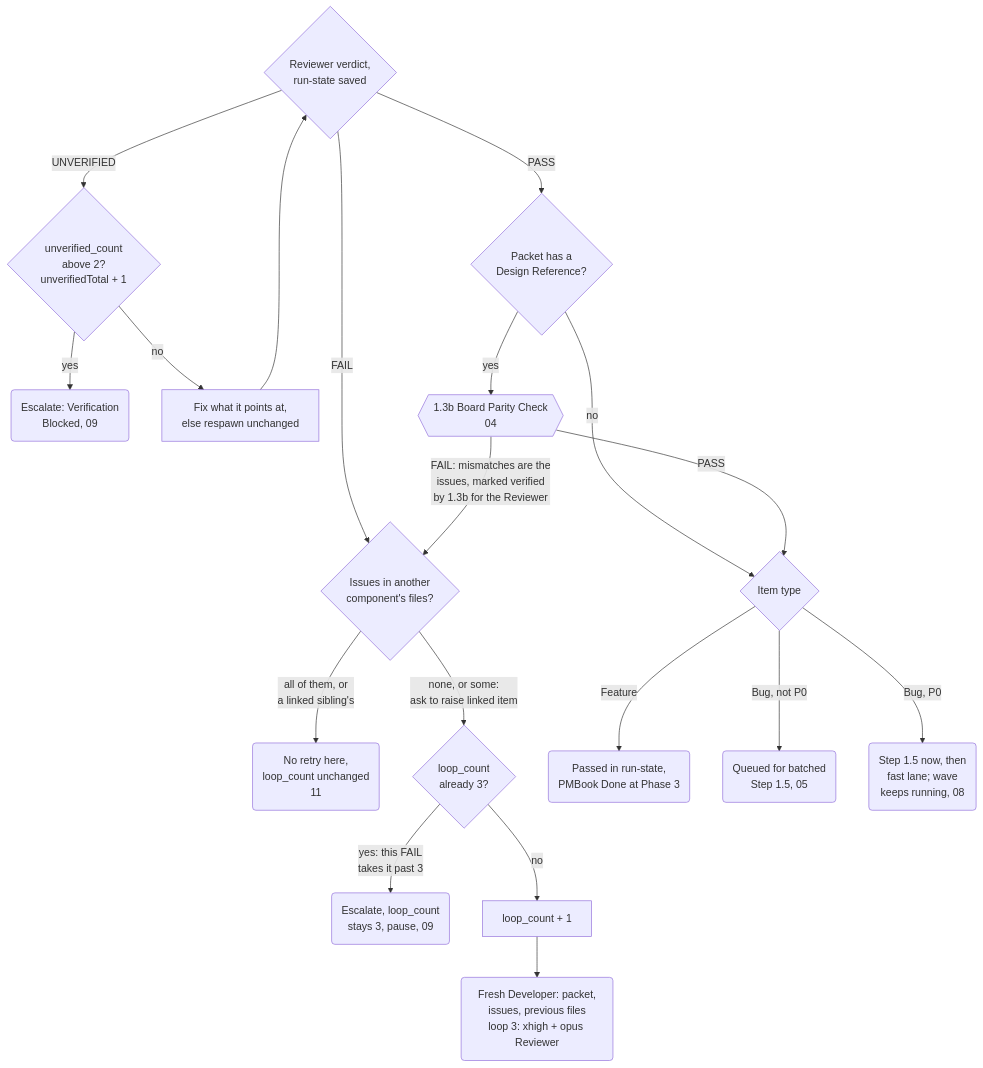
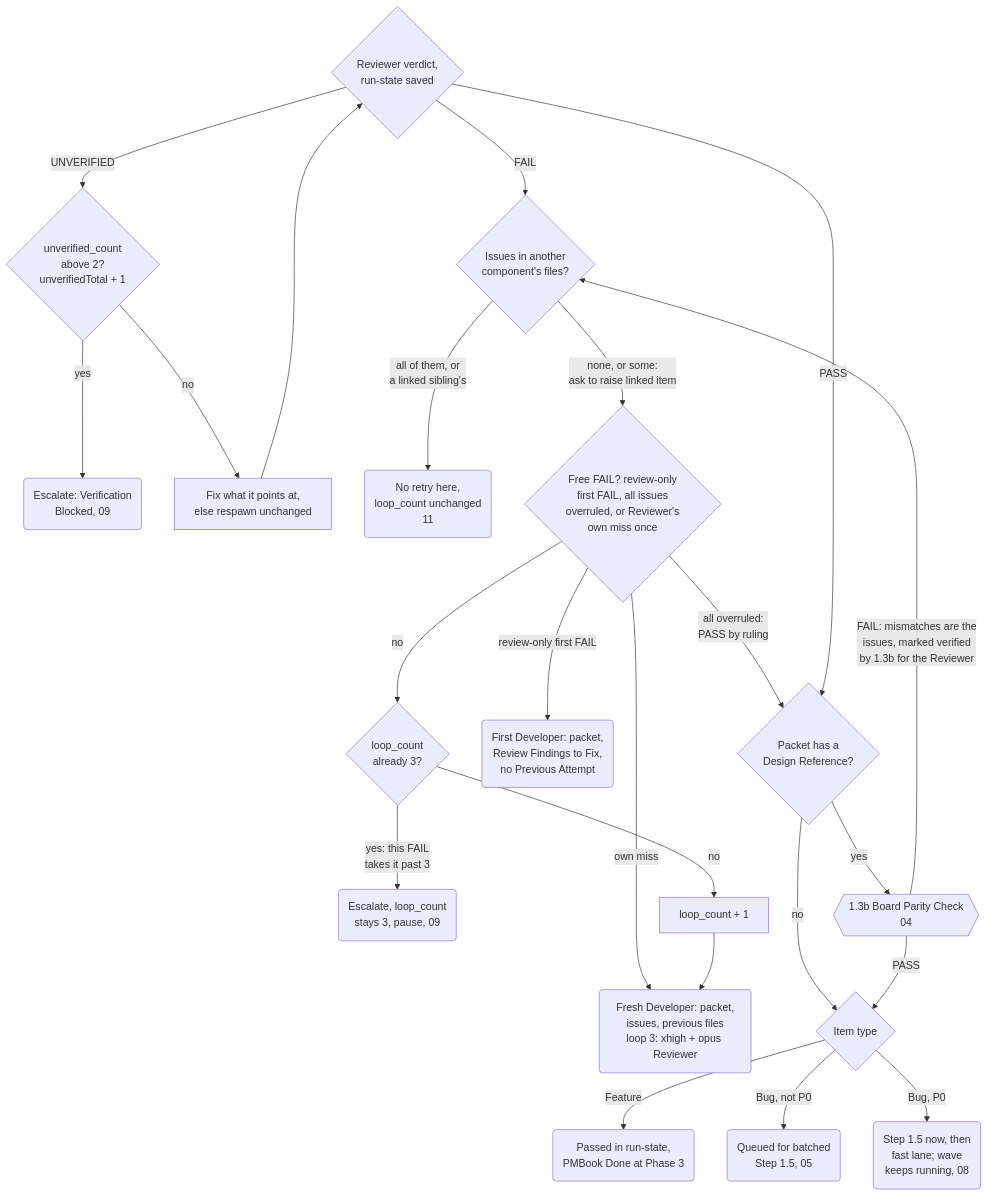
The third of 4 diagrams in skills/plugin-orchestrator-development-pattern/mermaid/03-phase1-work-item-loop.md (muhammedalikhan86/claude-stash), drawn with Mermaid before and after one commit. The commit also changed other lines of this file and 32 other files, not shown here.

````diff
--- a/skills/plugin-orchestrator-development-pattern/mermaid/03-phase1-work-item-loop.md
+++ b/skills/plugin-orchestrator-development-pattern/mermaid/03-phase1-work-item-loop.md
@@ -49,21 +52,25 @@
 ```mermaid
 flowchart TD
     V{"Reviewer verdict,<br/>run-state saved"} -->|"UNVERIFIED"| U{"unverified_count<br/>above 2?<br/>unverifiedTotal + 1"}
     U -->|"yes"| EscV("Escalate: Verification<br/>Blocked, 09")
     U -->|"no"| Fix["Fix what it points at,<br/>else respawn unchanged"]
     Fix --> V
     V -->|"FAIL"| Where{"Issues in another<br/>component's files?"}
     Where -->|"all of them, or<br/>a linked sibling's"| XC("No retry here,<br/>loop_count unchanged<br/>11")
-    Where -->|"none, or some:<br/>ask to raise linked item"| Over{"loop_count<br/>already 3?"}
+    Where -->|"none, or some:<br/>ask to raise linked item"| Free{"Free FAIL? review-only<br/>first FAIL, all issues<br/>overruled, or Reviewer's<br/>own miss once"}
+    Free -->|"all overruled:<br/>PASS by ruling"| DR
+    Free -->|"review-only first FAIL"| First("First Developer: packet,<br/>Review Findings to Fix,<br/>no Previous Attempt")
+    Free -->|"own miss"| Retry
+    Free -->|"no"| Over{"loop_count<br/>already 3?"}
     Over -->|"yes: this FAIL<br/>takes it past 3"| Esc("Escalate, loop_count<br/>stays 3, pause, 09")
     Over -->|"no"| Inc["loop_count + 1"]
     Inc --> Retry("Fresh Developer: packet,<br/>issues, previous files<br/>loop 3: xhigh + opus Reviewer")
     V -->|"PASS"| DR{"Packet has a<br/>Design Reference?"}
     DR -->|"yes"| Par{{"1.3b Board Parity Check<br/>04"}}
     Par -->|"FAIL: mismatches are the<br/>issues, marked verified<br/>by 1.3b for the Reviewer"| Where
     DR -->|"no"| Kind{"Item type"}
     Par -->|"PASS"| Kind
     Kind -->|"Feature"| Feat("Passed in run-state,<br/>PMBook Done at Phase 3")
     Kind -->|"Bug, not P0"| Queue("Queued for batched<br/>Step 1.5, 05")
     Kind -->|"Bug, P0"| P0("Step 1.5 now, then<br/>fast lane; wave<br/>keeps running, 08")
 ```
````
